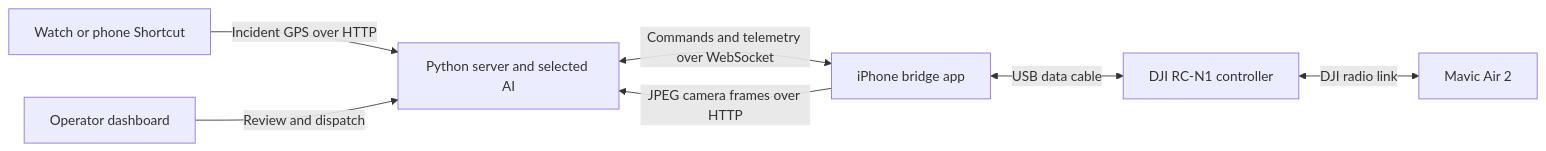
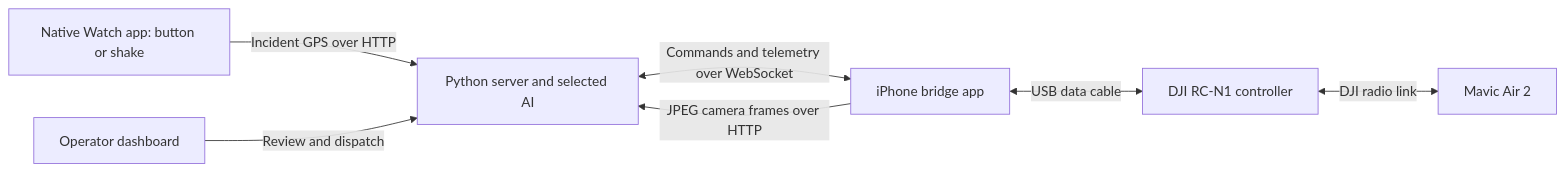
Before and after one commit to tjgarcia0427/Hackathon-Drone-Project: the diagram in README.md, drawn with Mermaid. The commit also changed other lines of this file and 29 other files, not shown here.

Commit message:
Add native Watch help and shake alerts with GPS, receipts, dispatch checks and setup docs

````diff
--- a/README.md
+++ b/README.md
@@ -11,9 +11,9 @@
 ```mermaid
 flowchart LR
-    W[Watch or phone Shortcut] -->|Incident GPS over HTTP| S[Python server and selected AI]
+    W[Native Watch app: button or shake] -->|Incident GPS over HTTP| S[Python server and selected AI]
     D[Operator dashboard] -->|Review and dispatch| S
     S <-->|Commands and telemetry over WebSocket| I[iPhone bridge app]
     I -->|JPEG camera frames over HTTP| S
     I <-->|USB data cable| R[DJI RC-N1 controller]
     R <-->|DJI radio link| A[Mavic Air 2]
 ```
````
